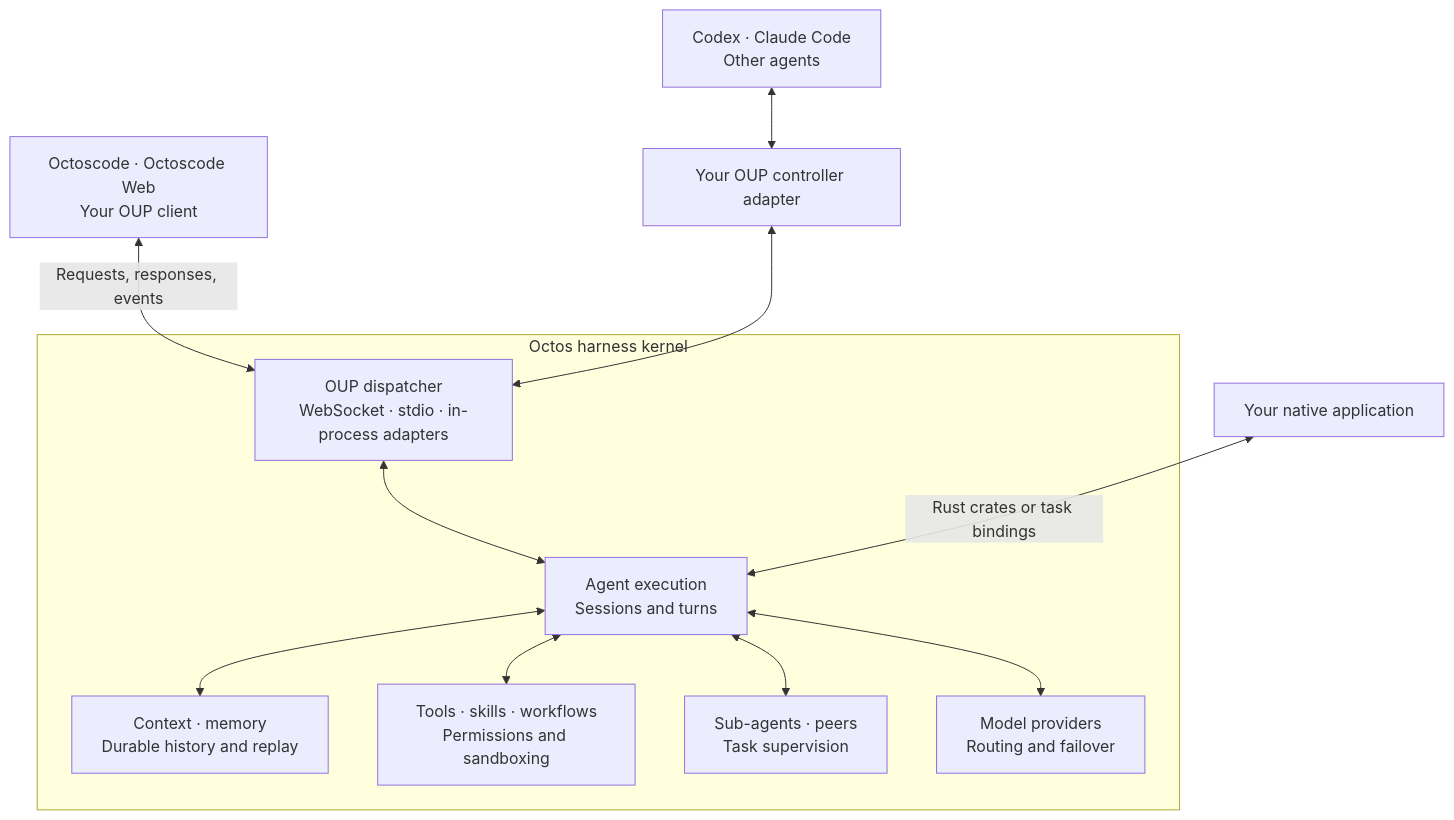
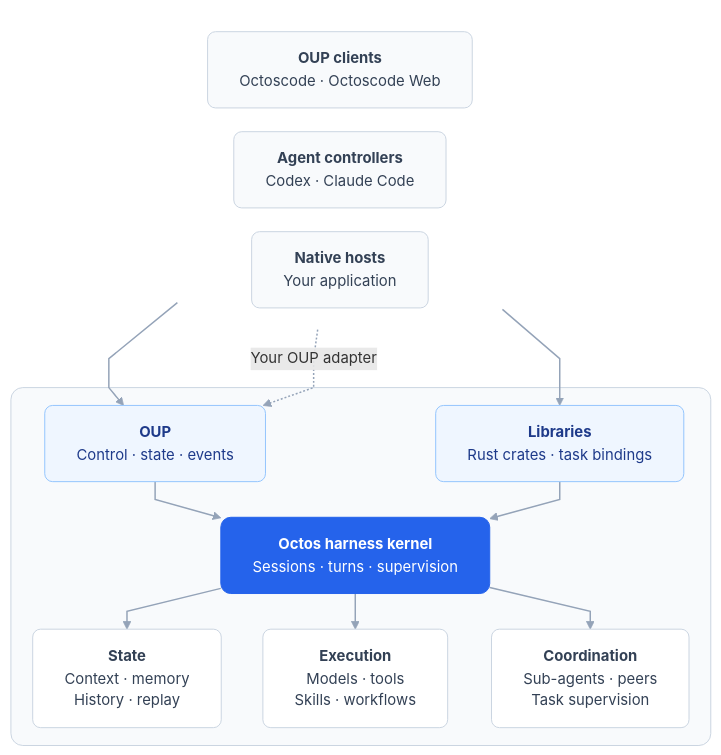
Before and after one commit to RoooyHe/octos: the first of 2 diagrams in README.md, drawn with Mermaid. The commit also changed other lines of this file and 1 other file, not shown here.

Commit message:
docs: clarify README diagrams with layered cards and a sequence flow

````diff
--- a/README.md
+++ b/README.md
@@ -62,27 +62,41 @@
 ```mermaid
+%%{init: {"themeVariables":{"fontFamily":"system-ui, sans-serif","fontSize":"15px"},"flowchart":{"curve":"linear","nodeSpacing":24,"rankSpacing":36,"padding":16,"wrappingWidth":240}}}%%
 flowchart TB
-    Native["Your native application"]
-    Clients["Octoscode · Octoscode Web<br/>Your OUP client"]
-    Controllers["Codex · Claude Code<br/>Other agents"]
-    Adapter["Your OUP controller adapter"]
-
-    subgraph Octos["Octos harness kernel"]
-        OUP["OUP dispatcher<br/>WebSocket · stdio · in-process adapters"]
-        Runtime["Agent execution<br/>Sessions and turns"]
-        Context["Context · memory<br/>Durable history and replay"]
-        Execution["Tools · skills · workflows<br/>Permissions and sandboxing"]
-        Agents["Sub-agents · peers<br/>Task supervision"]
-        Models["Model providers<br/>Routing and failover"]
-
-        OUP <--> Runtime
-        Runtime <--> Context
-        Runtime <--> Execution
-        Runtime <--> Agents
-        Runtime <--> Models
+    subgraph Apps[" "]
+        direction LR
+        Clients["<b>OUP clients</b><br/>Octoscode · Octoscode Web"]
+        Controllers["<b>Agent controllers</b><br/>Codex · Claude Code"]
+        Native["<b>Native hosts</b><br/>Your application"]
     end
 
-    Native <-->|Rust crates or task bindings| Runtime
-    Clients <-->|Requests, responses, events| OUP
-    Controllers <--> Adapter
-    Adapter <--> OUP
+    subgraph Kernel[" "]
+        OUP["<b>OUP</b><br/>Control · state · events"]
+        API["<b>Libraries</b><br/>Rust crates · task bindings"]
+        Runtime["<b>Octos harness kernel</b><br/>Sessions · turns · supervision"]
+        State["<b>State</b><br/>Context · memory<br/>History · replay"]
+        Execution["<b>Execution</b><br/>Models · tools<br/>Skills · workflows"]
+        Coordination["<b>Coordination</b><br/>Sub-agents · peers<br/>Task supervision"]
+
+        OUP --> Runtime
+        API --> Runtime
+        Runtime --> State
+        Runtime --> Execution
+        Runtime --> Coordination
+    end
+
+    Clients --> OUP
+    Controllers -.->|Your OUP adapter| OUP
+    Native --> API
+
+    classDef app fill:#f8fafc,stroke:#cbd5e1,color:#334155,stroke-width:1px,rx:8,ry:8
+    classDef interface fill:#eff6ff,stroke:#93c5fd,color:#1e3a8a,stroke-width:1px,rx:8,ry:8
+    classDef core fill:#2563eb,stroke:#2563eb,color:#ffffff,stroke-width:1px,rx:10,ry:10
+    classDef capability fill:#ffffff,stroke:#cbd5e1,color:#334155,stroke-width:1px,rx:8,ry:8
+    class Clients,Controllers,Native app
+    class OUP,API interface
+    class Runtime core
+    class State,Execution,Coordination capability
+    style Apps fill:transparent,stroke:transparent
+    style Kernel fill:#f8fafc,stroke:#cbd5e1,color:#334155,stroke-width:1px,rx:12,ry:12
+    linkStyle default stroke:#94a3b8,stroke-width:1.5px
 ```
````
